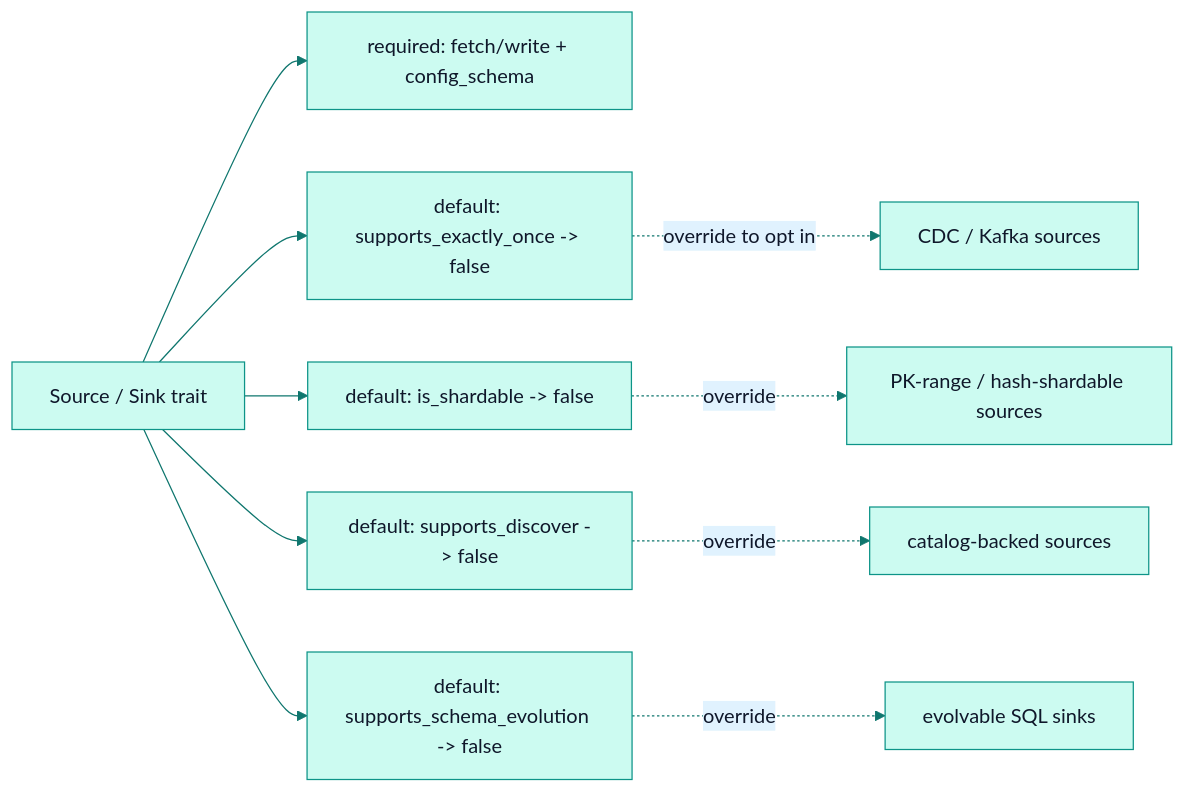
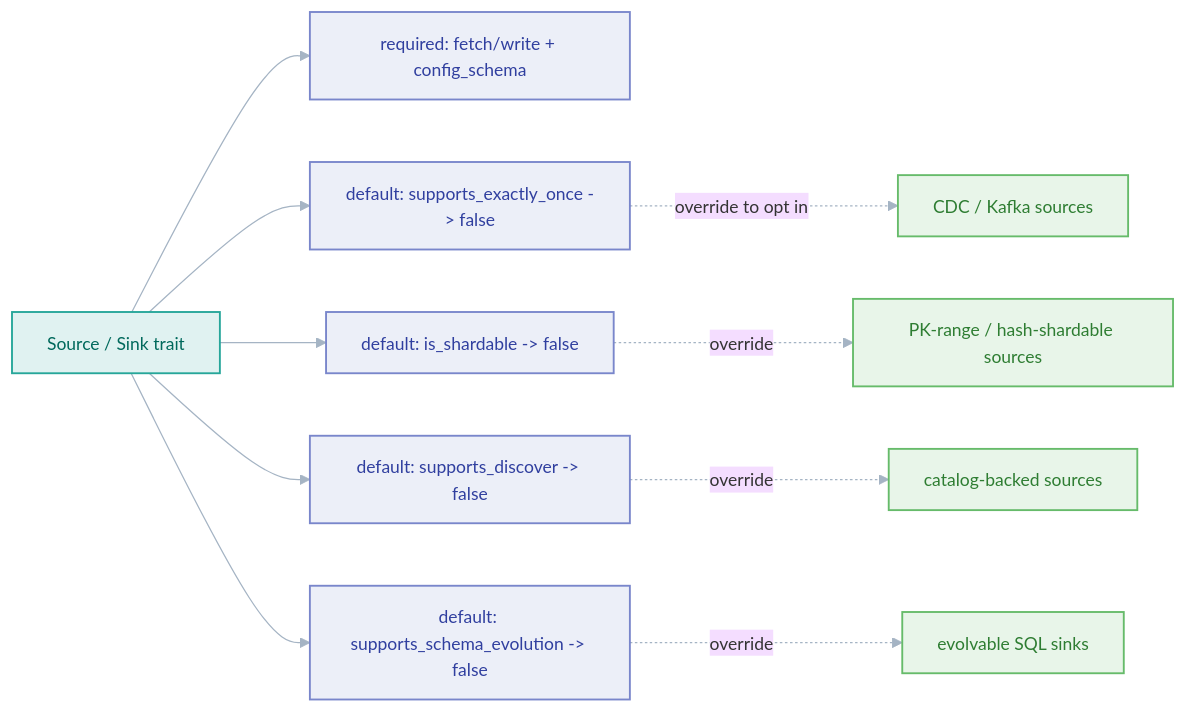
The diagram in docs/architecture/extensibility.md (PawanSikawat/faucet-stream), drawn with Mermaid before and after one commit. The commit also changed 28 other files, not shown here.

First line of the commit message:
docs: upgrade Mermaid diagrams to V2 role-coded style

````diff
--- a/docs/architecture/extensibility.md
+++ b/docs/architecture/extensibility.md
@@ -46,13 +46,19 @@
 ```mermaid
-%%{init: {'theme':'base','themeVariables':{'primaryColor':'#ccfbf1','primaryTextColor':'#0f172a','primaryBorderColor':'#0d9488','lineColor':'#0f766e','secondaryColor':'#e0f2fe','tertiaryColor':'#f0fdfa','fontFamily':'-apple-system,BlinkMacSystemFont,Segoe UI,sans-serif'}}}%%
+%%{init: {'theme':'base','flowchart':{'curve':'basis','nodeSpacing':50,'rankSpacing':72,'padding':14},'themeVariables':{'fontFamily':'-apple-system,BlinkMacSystemFont,Segoe UI,sans-serif','fontSize':'14px','lineColor':'#a5b4c4','clusterBkg':'#f8fafc','clusterBorder':'#e2e8f0'}}}%%
 flowchart LR
     T[Source / Sink trait] --> B[required: fetch/write + config_schema]
     T --> D1[default: supports_exactly_once -> false]
     T --> D2[default: is_shardable -> false]
     T --> D3[default: supports_discover -> false]
     T --> D4[default: supports_schema_evolution -> false]
     D1 -.override to opt in.-> C[CDC / Kafka sources]
     D2 -.override.-> S[PK-range / hash-shardable sources]
     D3 -.override.-> DIS[catalog-backed sources]
     D4 -.override.-> EV[evolvable SQL sinks]
+    classDef src fill:#e0f2f1,stroke:#26a69a,stroke-width:1.5px,color:#00695c
+    classDef proc fill:#eceff8,stroke:#7986cb,stroke-width:1.5px,color:#303f9f
+    classDef good fill:#e8f5e9,stroke:#66bb6a,stroke-width:1.5px,color:#2e7d32
+    class T src
+    class B,D1,D2,D3,D4 proc
+    class C,S,DIS,EV good
 ```
````
